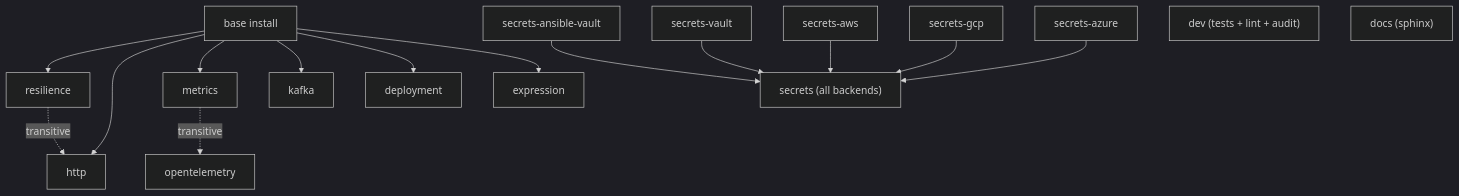
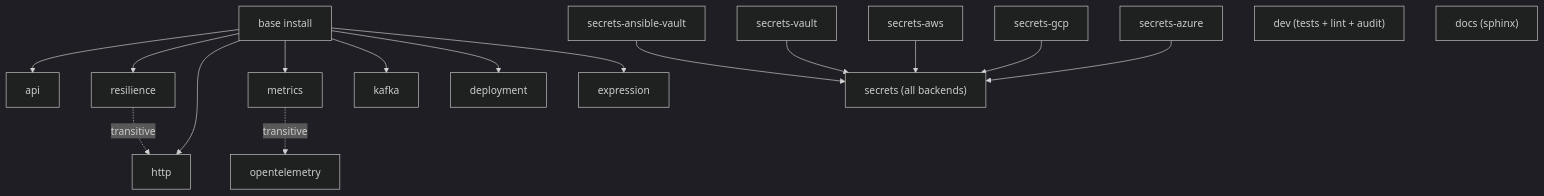
Before and after one commit to hyperi-io/scalo-py: the diagram in docs/EXTRAS-FLAGS.md, drawn with Mermaid (dark theme). The commit also changed other lines of this file and 25 other files, not shown here.

````diff
--- a/docs/EXTRAS-FLAGS.md
+++ b/docs/EXTRAS-FLAGS.md
@@ -47,36 +47,38 @@
 ```mermaid
 flowchart TB
     Base["base install"]
+    API["api"]
     Resil["resilience"]
     HTTP["http"]
     Metrics["metrics"]
     OTel["opentelemetry"]
     Kafka["kafka"]
     Expr["expression"]
     Deploy["deployment"]
     SAV["secrets-ansible-vault"]
     SV["secrets-vault"]
     SA["secrets-aws"]
     SG["secrets-gcp"]
     SAz["secrets-azure"]
     SAll["secrets (all backends)"]
     Dev["dev (tests + lint + audit)"]
     Docs["docs (sphinx)"]
 
+    Base --> API
     Base --> Resil
     Base --> HTTP
     Base --> Metrics
     Base --> Kafka
     Base --> Deploy
     Base --> Expr
 
     Resil -.transitive.-> HTTP
 
     Metrics -.transitive.-> OTel
 
     SAV --> SAll
     SV --> SAll
     SA --> SAll
     SG --> SAll
     SAz --> SAll
 ```
````
